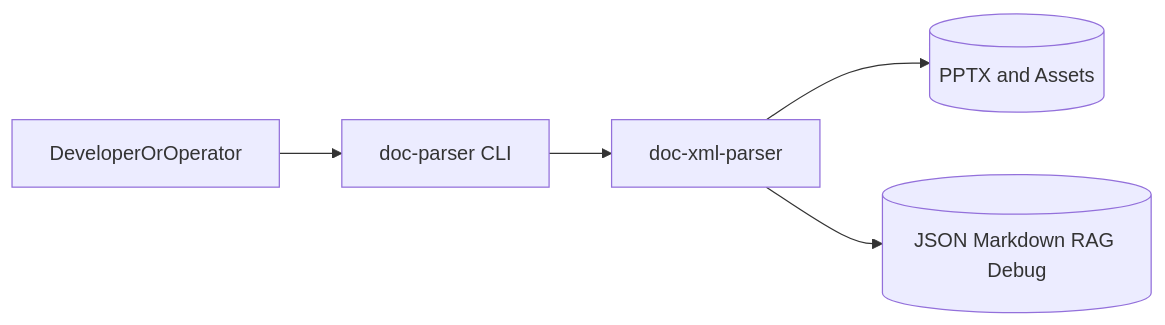
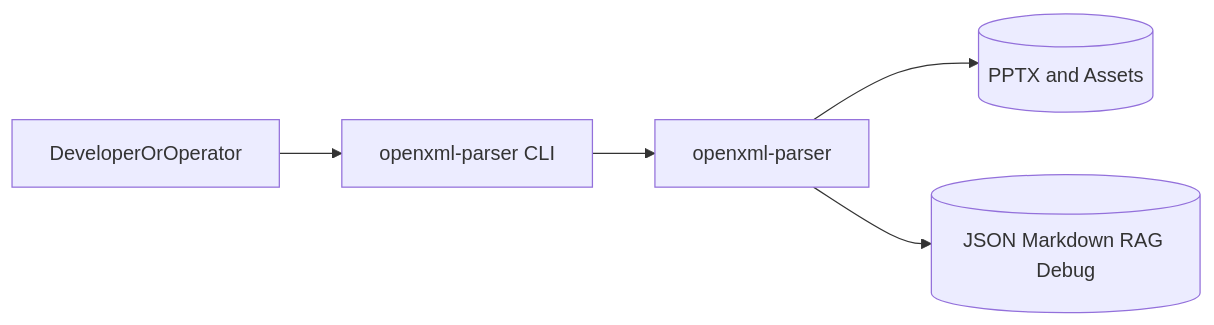
The first of 4 diagrams in docs/architecture_diagrams.md (Gaebobman/openxml-parser), drawn with Mermaid before and after one commit. The commit also changed 102 other files, not shown here.

First line of the commit message:
Rename package from document_inteligence to openxml_parser

````diff
--- a/docs/architecture_diagrams.md
+++ b/docs/architecture_diagrams.md
@@ -5,13 +5,13 @@
 ```mermaid
 flowchart LR
     User[DeveloperOrOperator]
-    CLI[doc-parser CLI]
-    Parser[doc-xml-parser]
+    CLI[openxml-parser CLI]
+    Parser[openxml-parser]
     Files[(PPTX and Assets)]
     Outputs[(JSON Markdown RAG Debug)]
 
     User --> CLI
     CLI --> Parser
     Parser --> Files
     Parser --> Outputs
 ```
````
